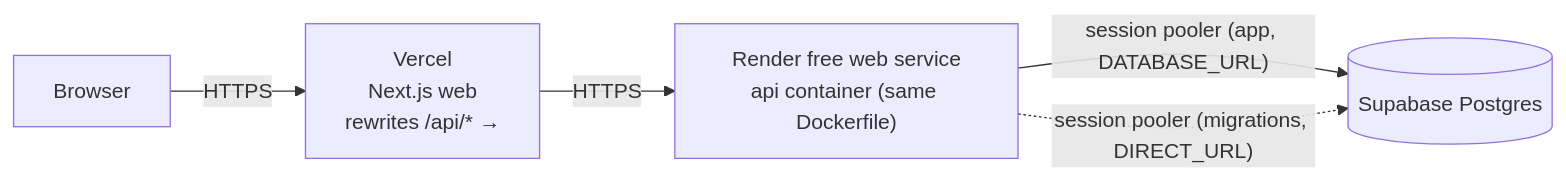
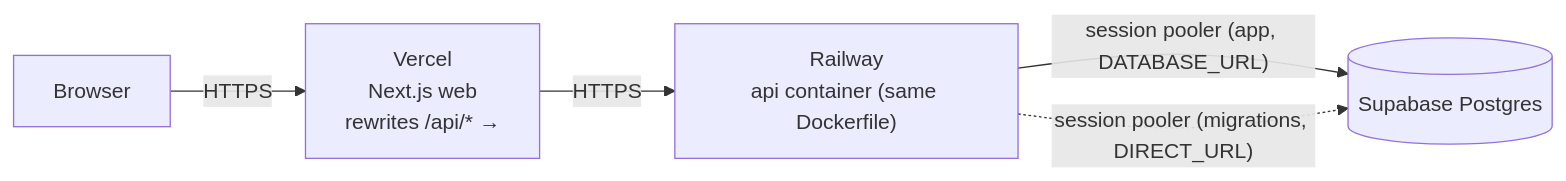
The ninth of 9 diagrams in docs/ARCHITECTURE.md (MahadiAhmed0/DhakaPool---Ride-Pooling-Shared-Fare-Platform), drawn with Mermaid before and after one commit. The commit also changed other lines of this file and 4 other files, not shown here.

First line of the commit message:
build(deploy): host the API on Railway

````diff
--- a/docs/ARCHITECTURE.md
+++ b/docs/ARCHITECTURE.md
@@ -484,7 +485,7 @@
 ```mermaid
 flowchart LR
     U["Browser"] -- HTTPS --> V["Vercel<br/>Next.js web<br/>rewrites /api/* →"]
-    V -- HTTPS --> R["Render free web service<br/>api container (same Dockerfile)"]
+    V -- HTTPS --> R["Railway<br/>api container (same Dockerfile)"]
     R -- "session pooler (app, DATABASE_URL)" --> S[("Supabase Postgres")]
     R -. "session pooler (migrations, DIRECT_URL)" .-> S
 ```
````
